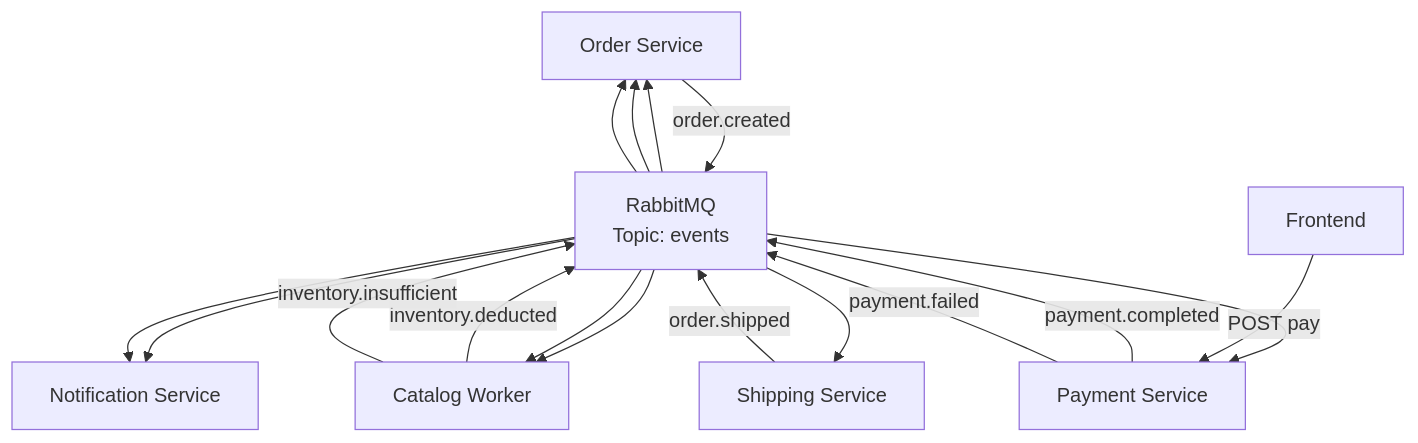
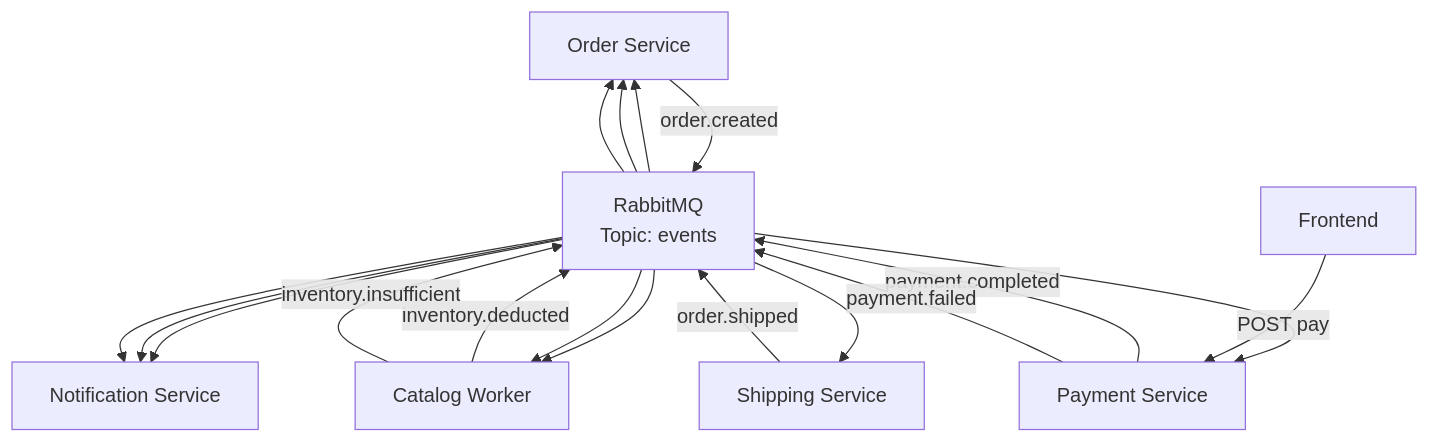
The diagram in shared/rabbitmq-events.md (huynguyen1310/ecommerce-ddd), drawn with Mermaid before and after one commit. The commit also changed other lines of this file and 4 other files, not shown here.

````diff
--- a/shared/rabbitmq-events.md
+++ b/shared/rabbitmq-events.md
@@ -7,22 +7,23 @@
 ```mermaid
 graph TB
   O[Order Service] -->|order.created| R[RabbitMQ<br/>Topic: events]
   R --> C[Catalog Worker]
   R --> P[Payment Service]
   R --> N[Notification Service]
 
   C -->|inventory.deducted| R
   C -->|inventory.insufficient| R
   R --> O
 
   F[Frontend] -->|POST pay| P
   P -->|payment.completed| R
   P -->|payment.failed| R
   R --> O
   R --> S[Shipping Service]
+  R --> N
   R --> C
 
   S -->|order.shipped| R
   R --> O
   R --> N
 ```
````
